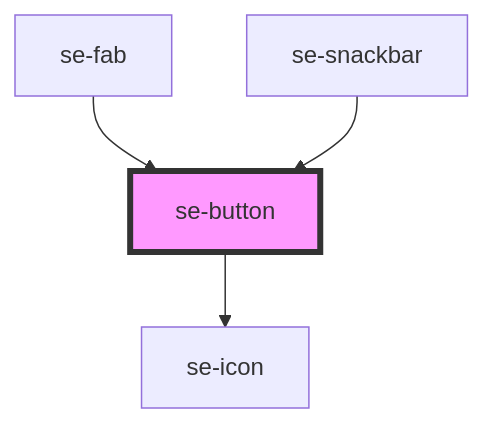
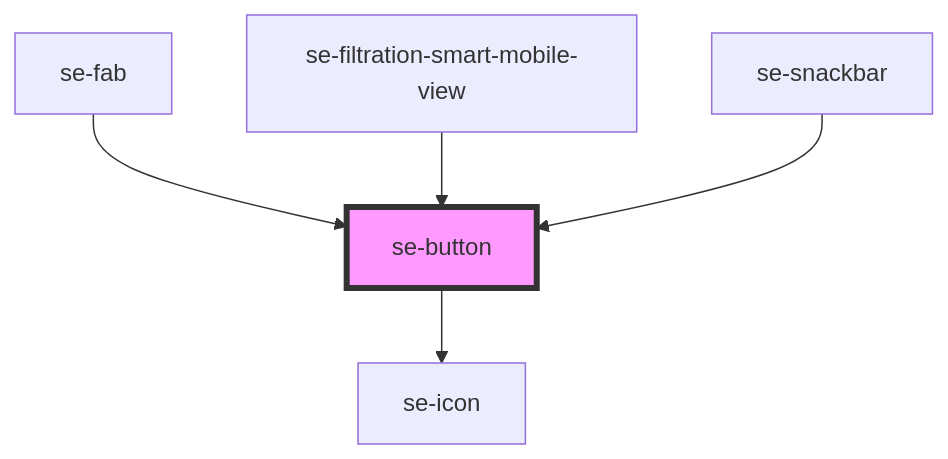
One commit to robbiemcmullense/se-web-ui changed the diagram in libs/core/src/components/button/readme.md. Above: the diagram before and after it, drawn with Mermaid. The commit also changed other lines of this file and 87 other files, not shown here.

First line of the commit message:
Filtration smart (#486)

````diff
--- a/libs/core/src/components/button/readme.md
+++ b/libs/core/src/components/button/readme.md
@@ -72,7 +73,8 @@
 ```mermaid
 graph TD;
   se-button --> se-icon
   se-fab --> se-button
+  se-filtration-smart-mobile-view --> se-button
   se-snackbar --> se-button
   style se-button fill:#f9f,stroke:#333,stroke-width:4px
 ```
````
